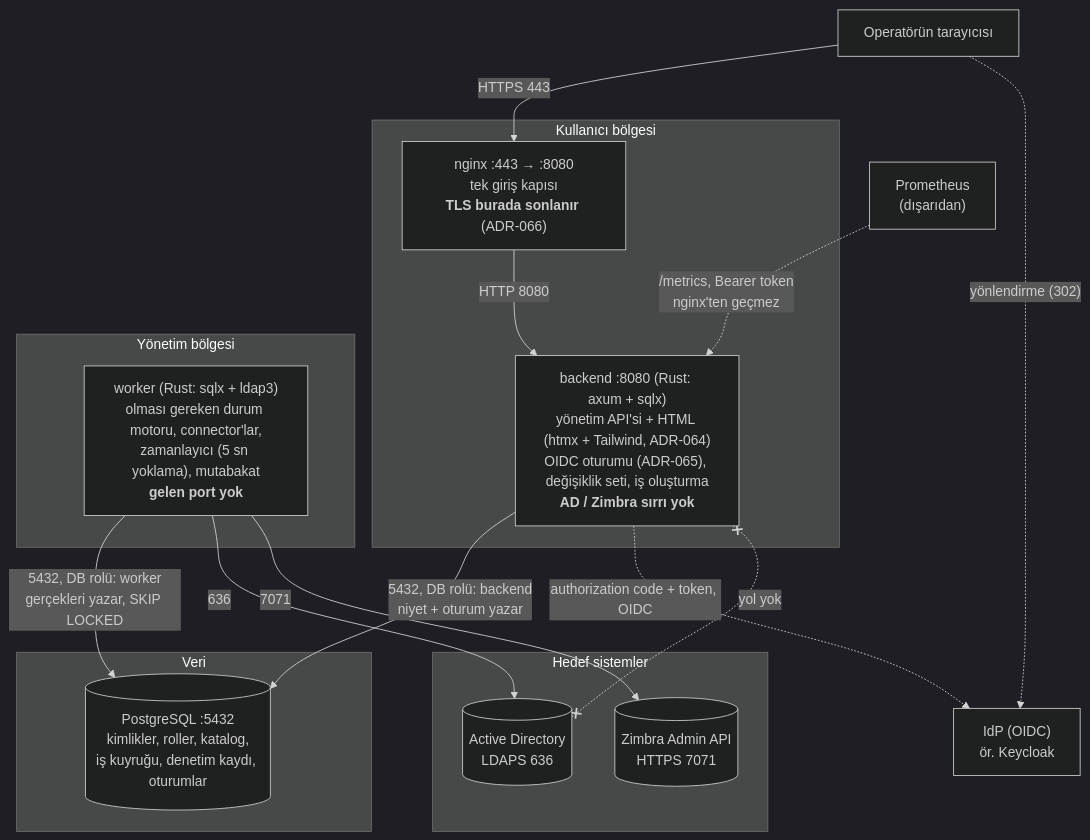
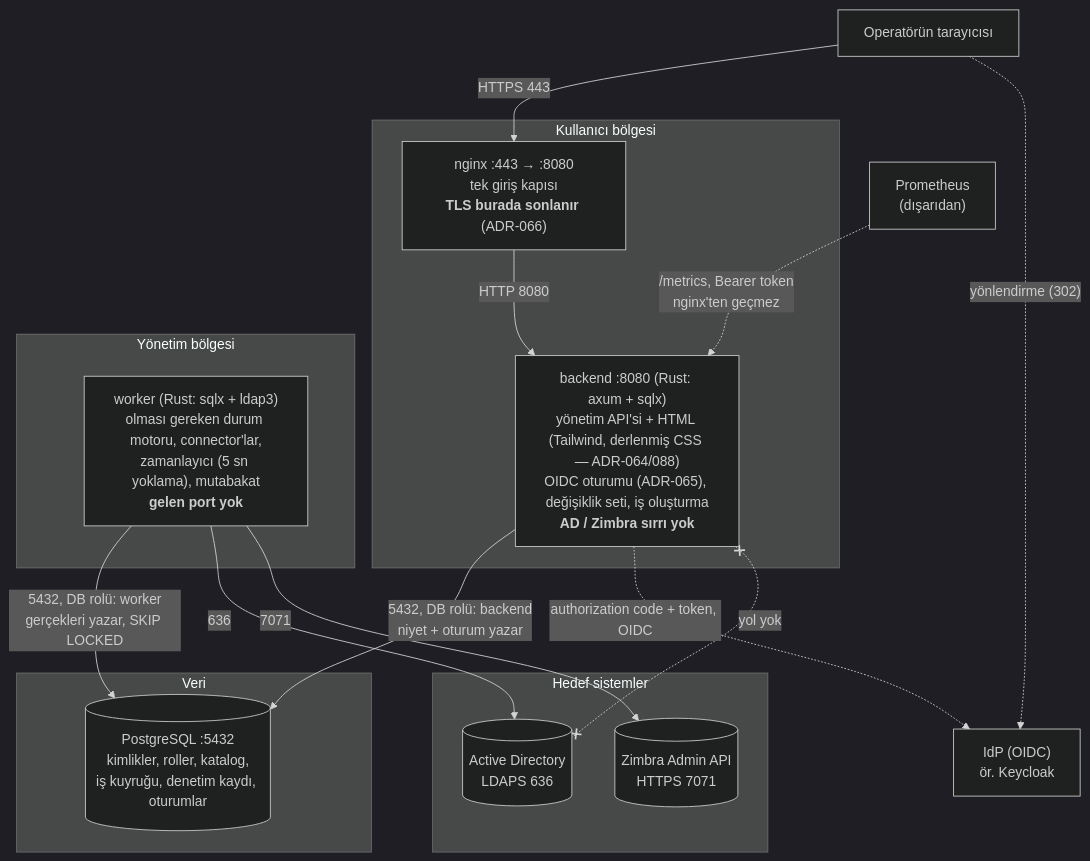
The second of 5 diagrams in README.md (murat-akpinar/OpenSicil), drawn with Mermaid (dark theme) before and after one commit. The commit also changed other lines of this file and 37 other files, not shown here.

Commit message:
feat: arayüz kabuğu — derlenmiş Tailwind CSS, Catppuccin teması, self-host font (ADR-088)

````diff
--- a/README.md
+++ b/README.md
@@ -55,34 +55,34 @@
 ```mermaid
 flowchart TB
     op["Operatörün tarayıcısı"]
     idp["IdP (OIDC)<br/>ör. Keycloak"]
     prom["Prometheus<br/>(dışarıdan)"]
 
     subgraph user_zone["Kullanıcı bölgesi"]
         nginx["nginx :443 → :8080<br/>tek giriş kapısı<br/><b>TLS burada sonlanır</b> (ADR-066)"]
-        backend["backend :8080 (Rust: axum + sqlx)<br/>yönetim API'si + HTML (htmx + Tailwind, ADR-064)<br/>OIDC oturumu (ADR-065), değişiklik seti, iş oluşturma<br/><b>AD / Zimbra sırrı yok</b>"]
+        backend["backend :8080 (Rust: axum + sqlx)<br/>yönetim API'si + HTML (Tailwind, derlenmiş CSS — ADR-064/088)<br/>OIDC oturumu (ADR-065), değişiklik seti, iş oluşturma<br/><b>AD / Zimbra sırrı yok</b>"]
     end
 
     subgraph data["Veri"]
         db[("PostgreSQL :5432<br/>kimlikler, roller, katalog,<br/>iş kuyruğu, denetim kaydı, oturumlar")]
     end
 
     subgraph mgmt_zone["Yönetim bölgesi"]
         worker["worker (Rust: sqlx + ldap3)<br/>olması gereken durum motoru, connector'lar,<br/>zamanlayıcı (5 sn yoklama), mutabakat<br/><b>gelen port yok</b>"]
     end
 
     subgraph targets["Hedef sistemler"]
         ad[("Active Directory<br/>LDAPS 636")]
         zimbra[("Zimbra Admin API<br/>HTTPS 7071")]
     end
 
     op -->|"HTTPS 443"| nginx -->|"HTTP 8080"| backend
     op -.->|"yönlendirme (302)"| idp
     backend -->|"5432, DB rolü: backend<br/>niyet + oturum yazar"| db
     backend -.->|"authorization code + token, OIDC"| idp
     worker -->|"5432, DB rolü: worker<br/>gerçekleri yazar, SKIP LOCKED"| db
     worker -->|"636"| ad
     worker -->|"7071"| zimbra
     prom -.->|"/metrics, Bearer token<br/>nginx'ten geçmez"| backend
     backend x-.-x|"yol yok"| ad
 ```
````
